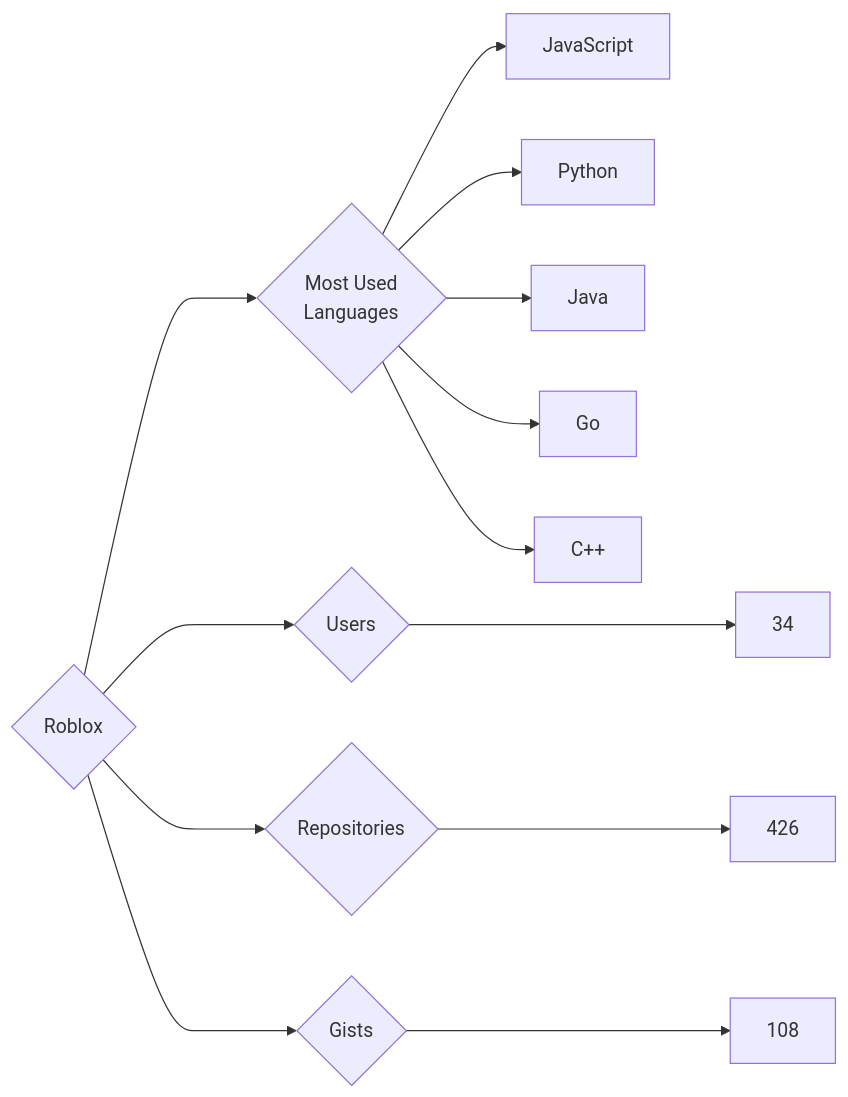
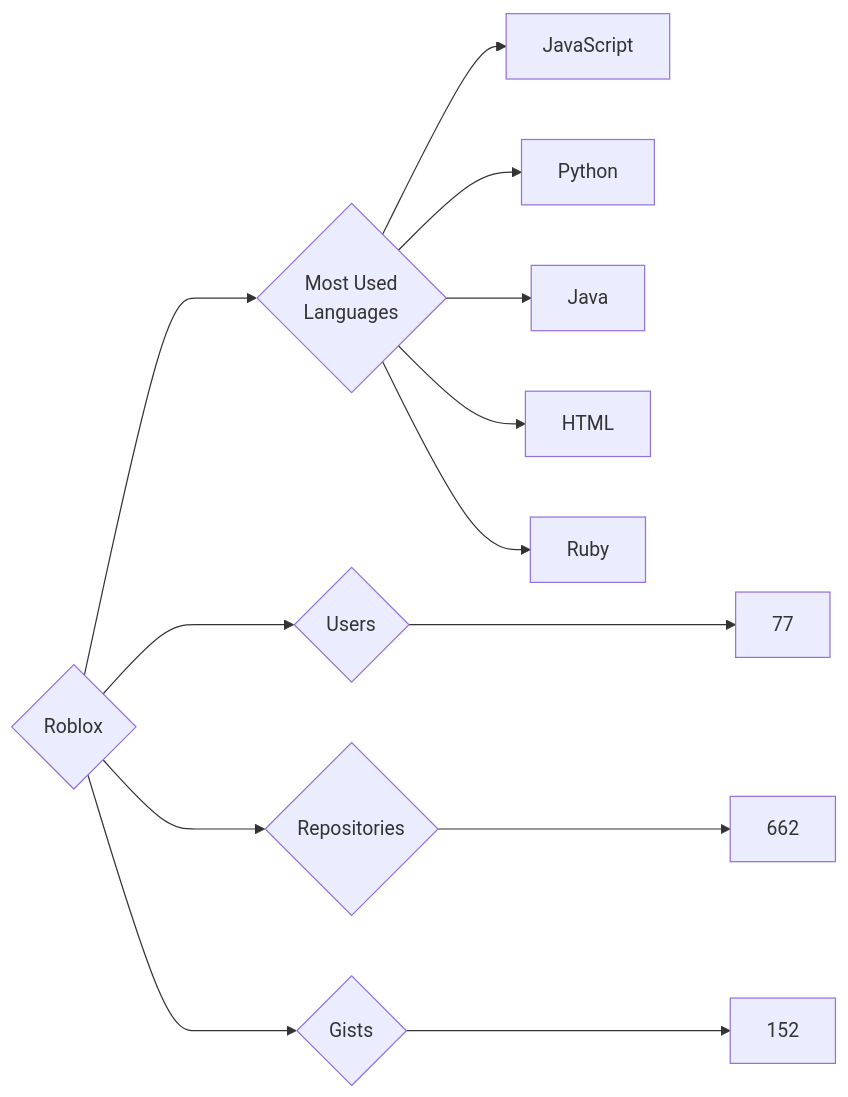
The diagram in targets/Roblox/README.md (trickest/insiders), drawn with Mermaid before and after one commit. The commit also changed 860 other files, not shown here.

````diff
--- a/targets/Roblox/README.md
+++ b/targets/Roblox/README.md
@@ -3,13 +3,13 @@
 ```mermaid
 graph LR
 COMPANY_NAME{Roblox}
-COMPANY_NAME ---> U{Users} ---> UN[34]
-COMPANY_NAME ---> R{Repositories} ---> RN[426]
-COMPANY_NAME ---> G{Gists} ---> GN[108]
+COMPANY_NAME ---> U{Users} ---> UN[77]
+COMPANY_NAME ---> R{Repositories} ---> RN[662]
+COMPANY_NAME ---> G{Gists} ---> GN[152]
 COMPANY_NAME ---> ML{Most Used<br>Languages}
 ML --> JavaScript[JavaScript]
 ML --> Python[Python]
 ML --> Java[Java]
-ML --> Go[Go]
-ML --> C++[C++]
+ML --> HTML[HTML]
+ML --> Ruby[Ruby]
 ```
````
